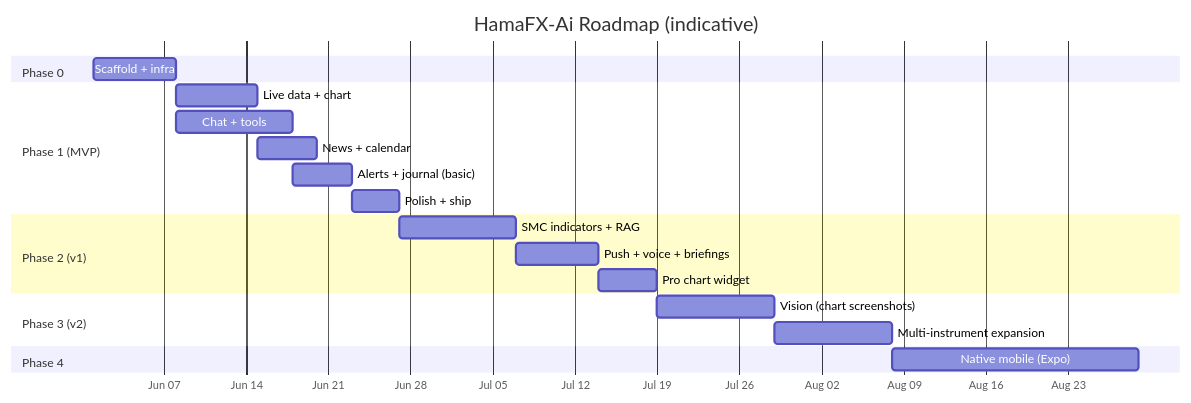
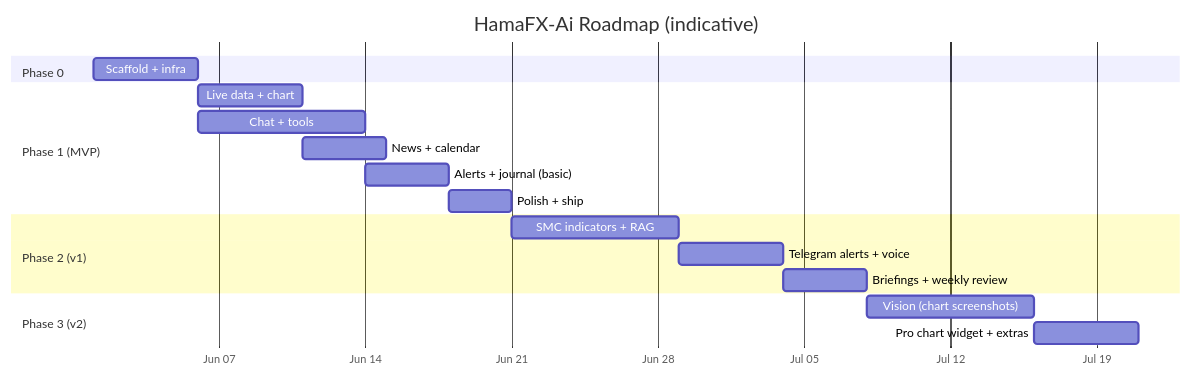
Before and after one commit to HamaFx/HamaFX-Ai: the diagram in docs/10-roadmap.md, drawn with Mermaid. The commit also changed other lines of this file and 17 other files, not shown here.

````diff
--- a/docs/10-roadmap.md
+++ b/docs/10-roadmap.md
@@ -5,23 +5,21 @@
 ```mermaid
 gantt
     title HamaFX-Ai Roadmap (indicative)
     dateFormat  YYYY-MM-DD
     axisFormat  %b %d
     section Phase 0
-    Scaffold + infra              :p0, 2026-06-01, 7d
+    Scaffold + infra              :p0, 2026-06-01, 5d
     section Phase 1 (MVP)
-    Live data + chart             :p1a, after p0, 7d
-    Chat + tools                  :p1b, after p0, 10d
-    News + calendar               :p1c, after p1a, 5d
-    Alerts + journal (basic)      :p1d, after p1b, 5d
-    Polish + ship                 :p1e, after p1d, 4d
+    Live data + chart             :p1a, after p0, 5d
+    Chat + tools                  :p1b, after p0, 8d
+    News + calendar               :p1c, after p1a, 4d
+    Alerts + journal (basic)      :p1d, after p1b, 4d
+    Polish + ship                 :p1e, after p1d, 3d
     section Phase 2 (v1)
-    SMC indicators + RAG          :p2a, after p1e, 10d
-    Push + voice + briefings      :p2b, after p2a, 7d
-    Pro chart widget              :p2c, after p2b, 5d
+    SMC indicators + RAG          :p2a, after p1e, 8d
+    Telegram alerts + voice       :p2b, after p2a, 5d
+    Briefings + weekly review     :p2c, after p2b, 4d
     section Phase 3 (v2)
-    Vision (chart screenshots)    :p3a, after p2c, 10d
-    Multi-instrument expansion    :p3b, after p3a, 10d
-    section Phase 4
-    Native mobile (Expo)          :p4, after p3b, 21d
+    Vision (chart screenshots)    :p3a, after p2c, 8d
+    Pro chart widget + extras     :p3b, after p3a, 5d
 ```
````
